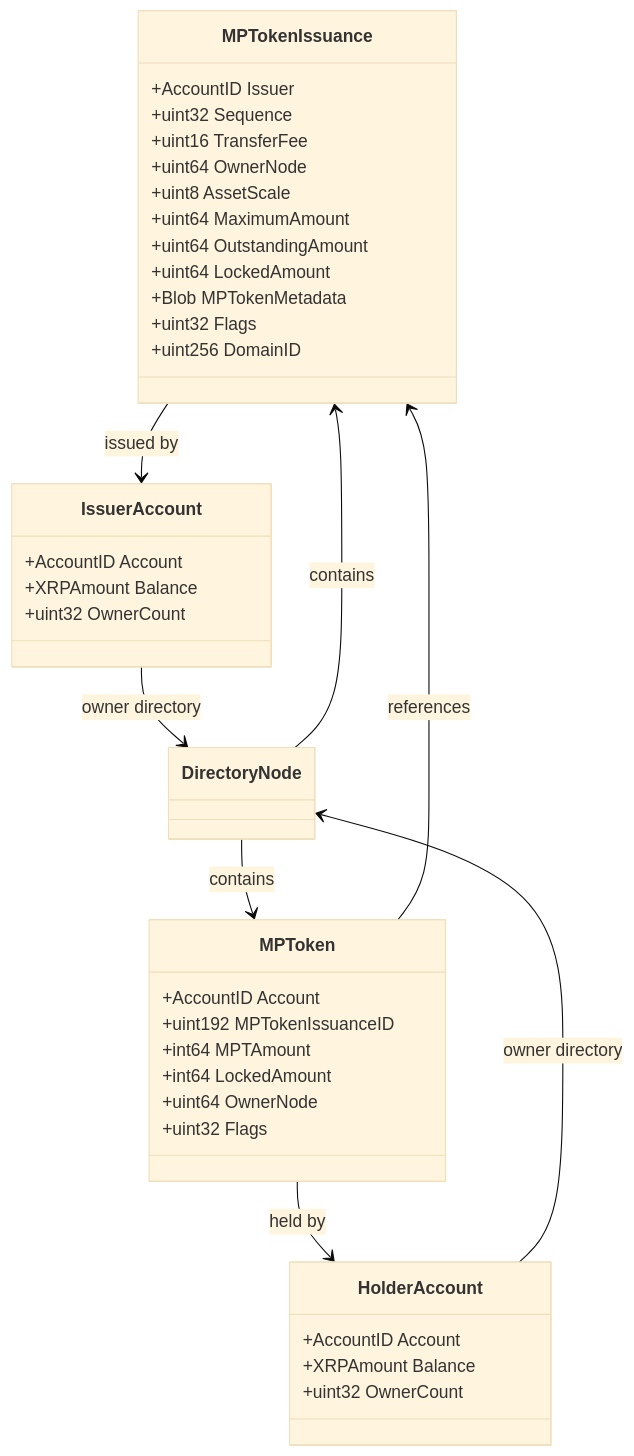
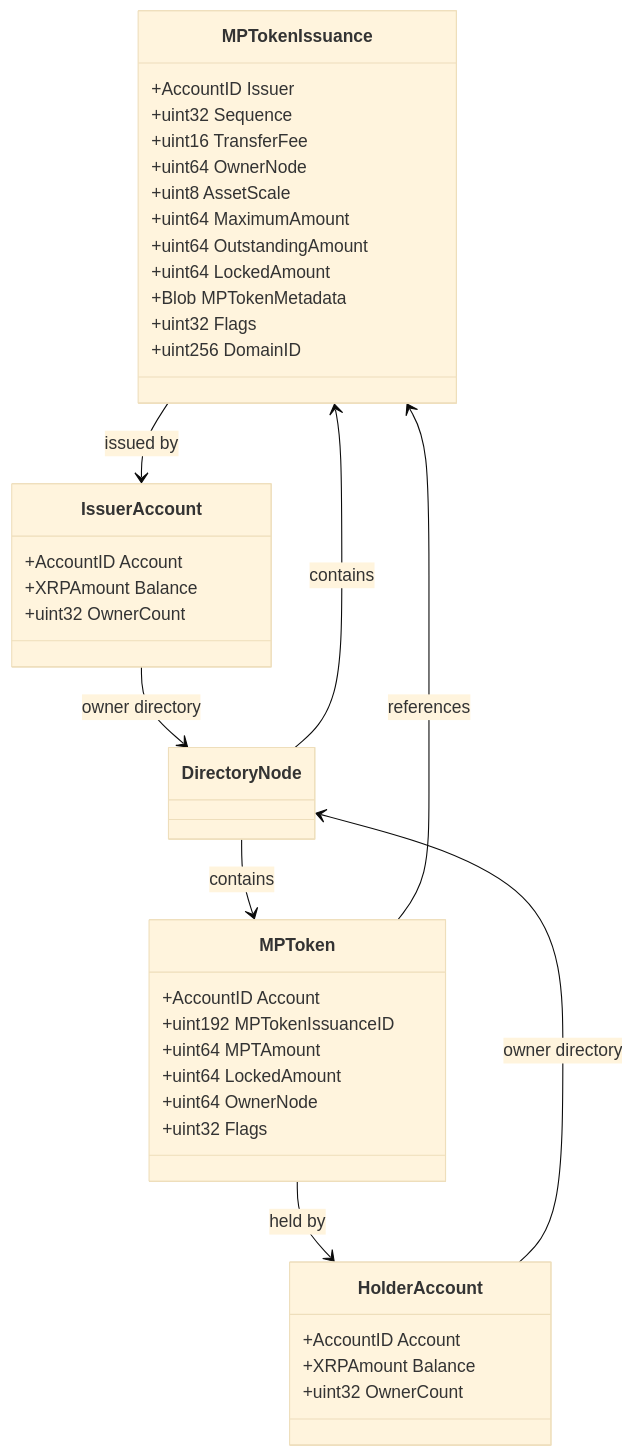
The first of 4 diagrams in docs/mpts/README.md (commonprefix/payment-system-docs), drawn with Mermaid (base theme) before and after one commit. The commit also changed other lines of this file and 7 other files, not shown here.

````diff
--- a/docs/mpts/README.md
+++ b/docs/mpts/README.md
@@ -69,48 +70,48 @@
 ```mermaid
 classDiagram
     class MPTokenIssuance {
         +AccountID Issuer
         +uint32 Sequence
         +uint16 TransferFee
         +uint64 OwnerNode
         +uint8 AssetScale
         +uint64 MaximumAmount
         +uint64 OutstandingAmount
         +uint64 LockedAmount
         +Blob MPTokenMetadata
         +uint32 Flags
         +uint256 DomainID
     }
 
     class MPToken {
         +AccountID Account
         +uint192 MPTokenIssuanceID
-        +int64 MPTAmount
-        +int64 LockedAmount
+        +uint64 MPTAmount
+        +uint64 LockedAmount
         +uint64 OwnerNode
         +uint32 Flags
     }
 
     class IssuerAccount {
         +AccountID Account
         +XRPAmount Balance
         +uint32 OwnerCount
     }
 
     class HolderAccount {
         +AccountID Account
         +XRPAmount Balance
         +uint32 OwnerCount
     }
 
     class DirectoryNode {
     }
 
     MPTokenIssuance --> IssuerAccount : issued by
     MPToken --> HolderAccount : held by
     MPToken --> MPTokenIssuance : references
     IssuerAccount --> DirectoryNode : owner directory
     HolderAccount --> DirectoryNode : owner directory
     DirectoryNode --> MPTokenIssuance : contains
     DirectoryNode --> MPToken : contains
 ```
````
